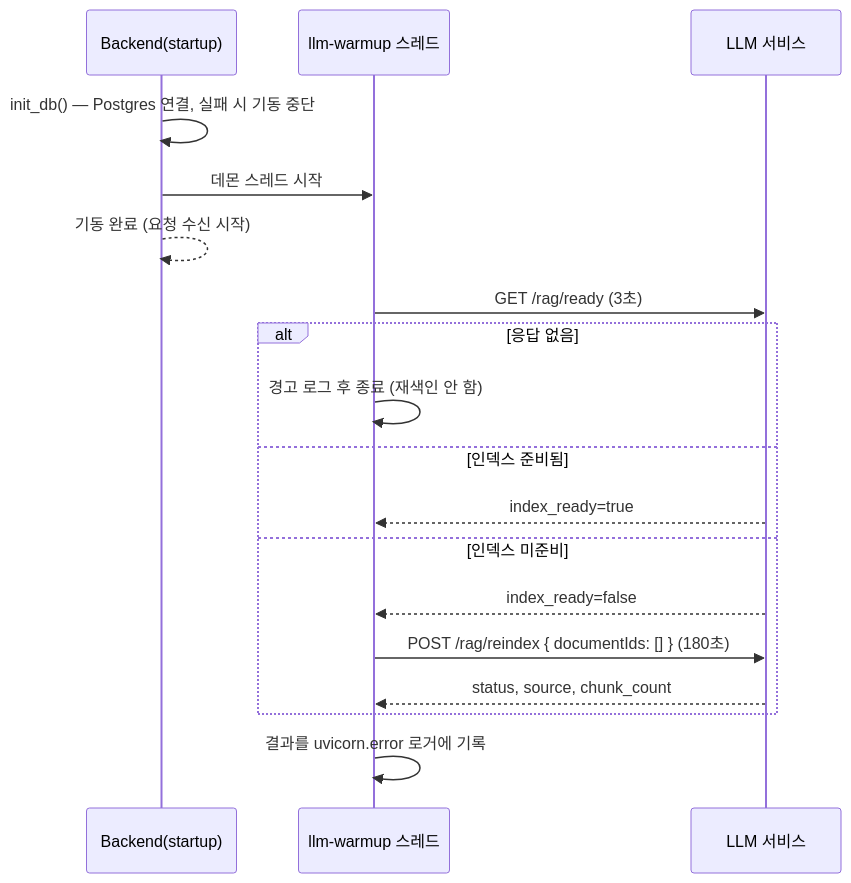
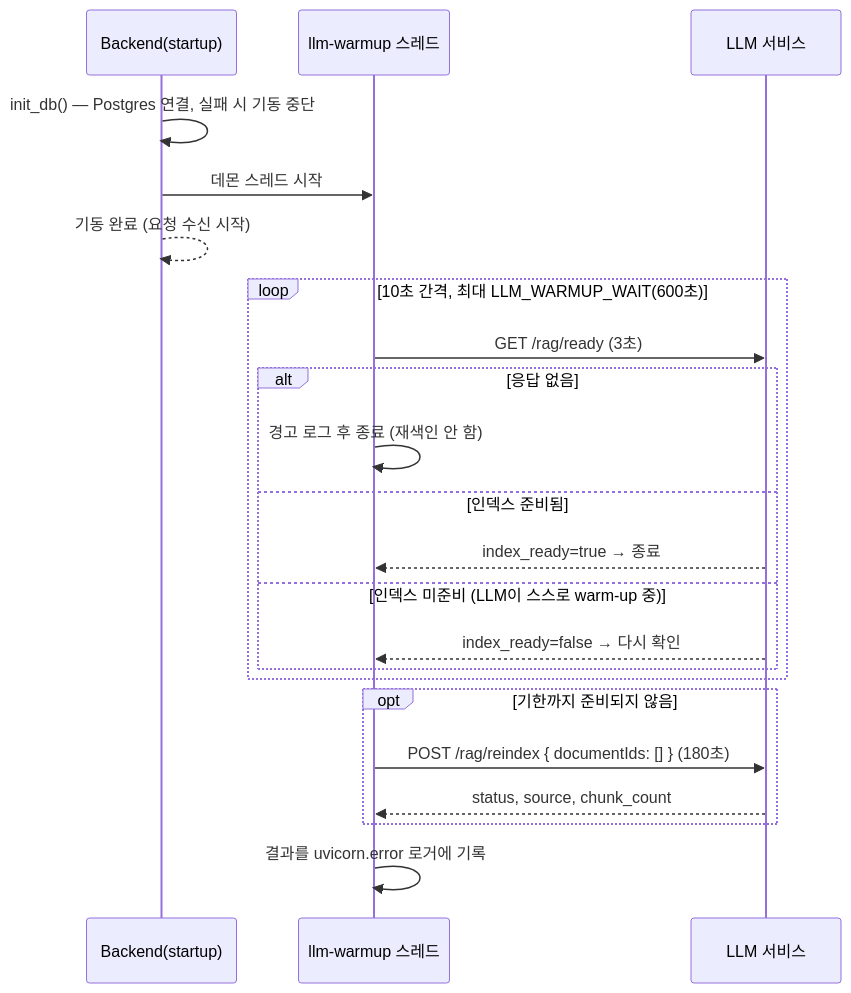
One commit to SKNETWORKS-FAMILY-AICAMP/SKN34-4th-3Team changed the fourth of 7 diagrams in Docs/Design/SEQUENCE.md. Above: the diagram before and after it, drawn with Mermaid. The commit also changed other lines of this file and 20 other files, not shown here.

````diff
--- a/Docs/Design/SEQUENCE.md
+++ b/Docs/Design/SEQUENCE.md
@@ -136,21 +142,25 @@
 ```mermaid
 sequenceDiagram
     participant BE as Backend(startup)
     participant WU as llm-warmup 스레드
     participant LLM as LLM 서비스
 
     BE->>BE: init_db() — Postgres 연결, 실패 시 기동 중단
     BE->>WU: 데몬 스레드 시작
     BE-->>BE: 기동 완료 (요청 수신 시작)
-    WU->>LLM: GET /rag/ready (3초)
-    alt 응답 없음
-        WU->>WU: 경고 로그 후 종료 (재색인 안 함)
-    else 인덱스 준비됨
-        LLM-->>WU: index_ready=true
-    else 인덱스 미준비
-        LLM-->>WU: index_ready=false
+    loop 10초 간격, 최대 LLM_WARMUP_WAIT(600초)
+        WU->>LLM: GET /rag/ready (3초)
+        alt 응답 없음
+            WU->>WU: 경고 로그 후 종료 (재색인 안 함)
+        else 인덱스 준비됨
+            LLM-->>WU: index_ready=true → 종료
+        else 인덱스 미준비 (LLM이 스스로 warm-up 중)
+            LLM-->>WU: index_ready=false → 다시 확인
+        end
+    end
+    opt 기한까지 준비되지 않음
         WU->>LLM: POST /rag/reindex { documentIds: [] } (180초)
         LLM-->>WU: status, source, chunk_count
     end
     WU->>WU: 결과를 uvicorn.error 로거에 기록
 ```
````
